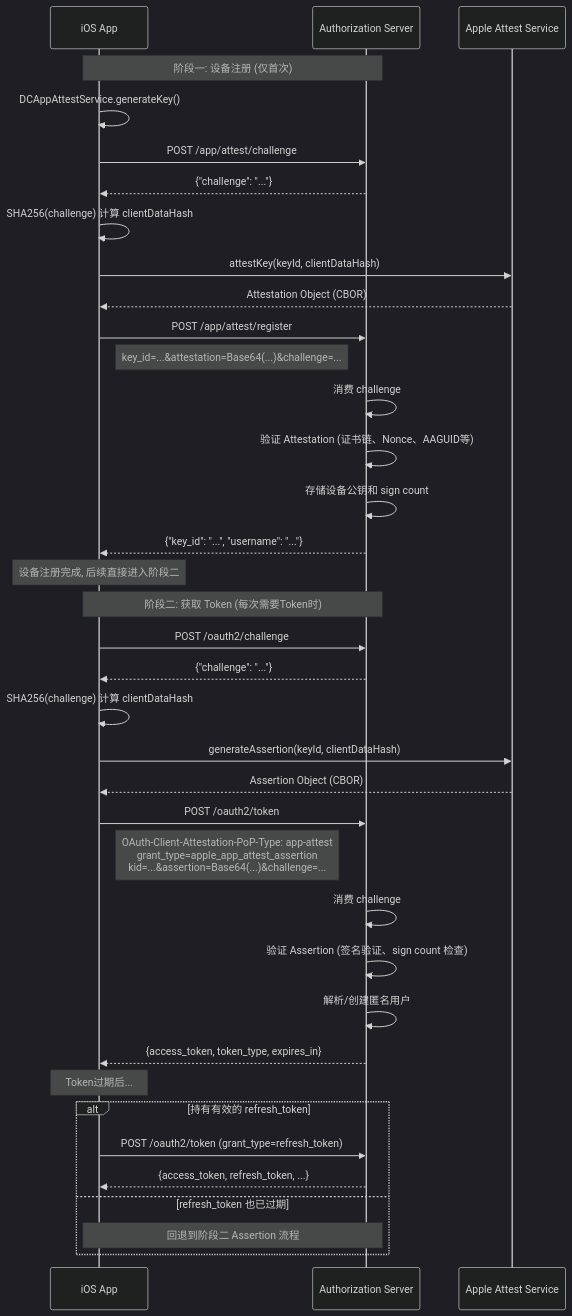
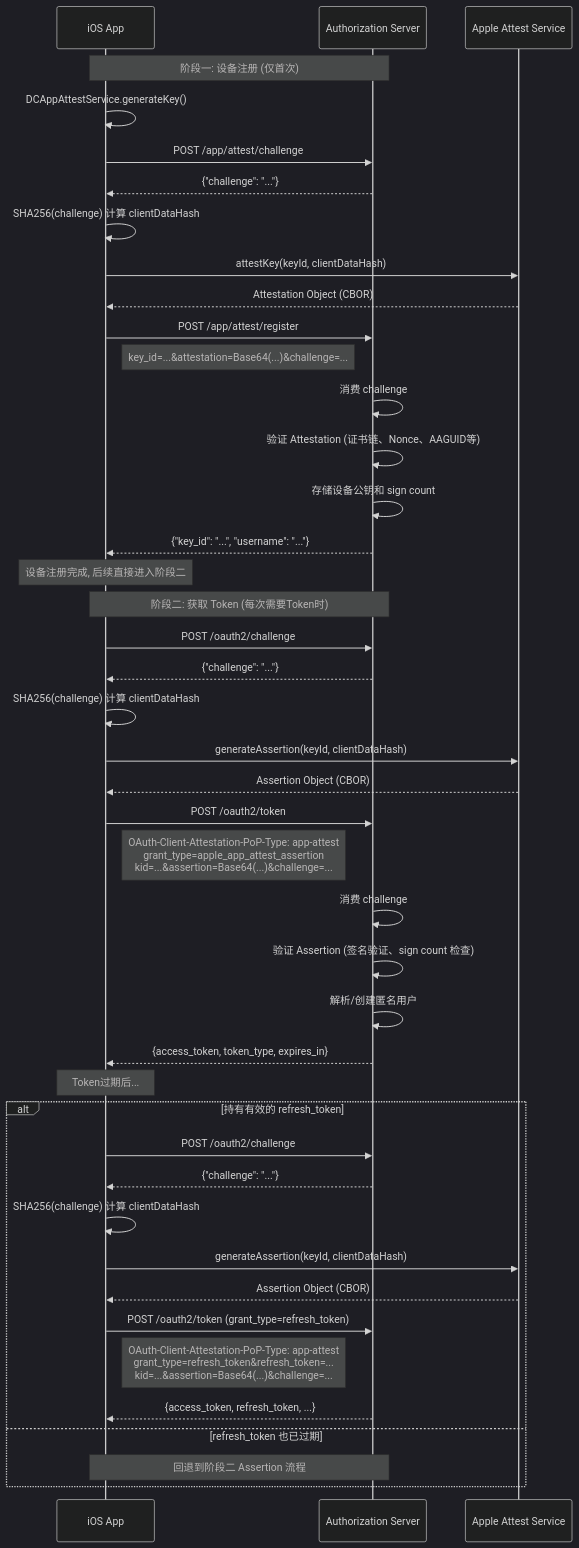
Before and after one commit to euler-projects/euler-framework: the diagram in docs/apis/zh-cn/APIs-#-Apple-App-Attest.md, drawn with Mermaid (dark theme). The commit also changed other lines of this file and 9 other files, not shown here.

Commit message:
feat(security): Attestation-Based Client Authentication

````diff
--- a/docs/apis/zh-cn/APIs-#-Apple-App-Attest.md
+++ b/docs/apis/zh-cn/APIs-#-Apple-App-Attest.md
@@ -136,48 +136,54 @@
 ```mermaid
 sequenceDiagram
     participant App as iOS App
     participant Server as Authorization Server
     participant Apple as Apple Attest Service
 
     Note over App,Server: 阶段一: 设备注册 (仅首次)
     App->>App: DCAppAttestService.generateKey()
     App->>Server: POST /app/attest/challenge
     Server-->>App: {"challenge": "..."}
 
     App->>App: SHA256(challenge) 计算 clientDataHash
     App->>Apple: attestKey(keyId, clientDataHash)
     Apple-->>App: Attestation Object (CBOR)
 
     App->>Server: POST /app/attest/register
     Note right of App: key_id=...&attestation=Base64(...)&challenge=...
     Server->>Server: 消费 challenge
     Server->>Server: 验证 Attestation (证书链、Nonce、AAGUID等)
     Server->>Server: 存储设备公钥和 sign count
     Server-->>App: {"key_id": "...", "username": "..."}
 
     Note over App: 设备注册完成, 后续直接进入阶段二
 
     Note over App,Server: 阶段二: 获取 Token (每次需要Token时)
     App->>Server: POST /oauth2/challenge
     Server-->>App: {"challenge": "..."}
 
     App->>App: SHA256(challenge) 计算 clientDataHash
     App->>Apple: generateAssertion(keyId, clientDataHash)
     Apple-->>App: Assertion Object (CBOR)
 
     App->>Server: POST /oauth2/token
     Note right of App: OAuth-Client-Attestation-PoP-Type: app-attest<br/>grant_type=apple_app_attest_assertion<br/>kid=...&assertion=Base64(...)&challenge=...
     Server->>Server: 消费 challenge
     Server->>Server: 验证 Assertion (签名验证、sign count 检查)
     Server->>Server: 解析/创建匿名用户
     Server-->>App: {access_token, token_type, expires_in}
 
     Note over App: Token过期后...
 
     alt 持有有效的 refresh_token
+        App->>Server: POST /oauth2/challenge
+        Server-->>App: {"challenge": "..."}
+        App->>App: SHA256(challenge) 计算 clientDataHash
+        App->>Apple: generateAssertion(keyId, clientDataHash)
+        Apple-->>App: Assertion Object (CBOR)
         App->>Server: POST /oauth2/token (grant_type=refresh_token)
+        Note right of App: OAuth-Client-Attestation-PoP-Type: app-attest<br/>grant_type=refresh_token&refresh_token=...<br/>kid=...&assertion=Base64(...)&challenge=...
         Server-->>App: {access_token, refresh_token, ...}
     else refresh_token 也已过期
         Note over App,Server: 回退到阶段二 Assertion 流程
     end
 ```
````
